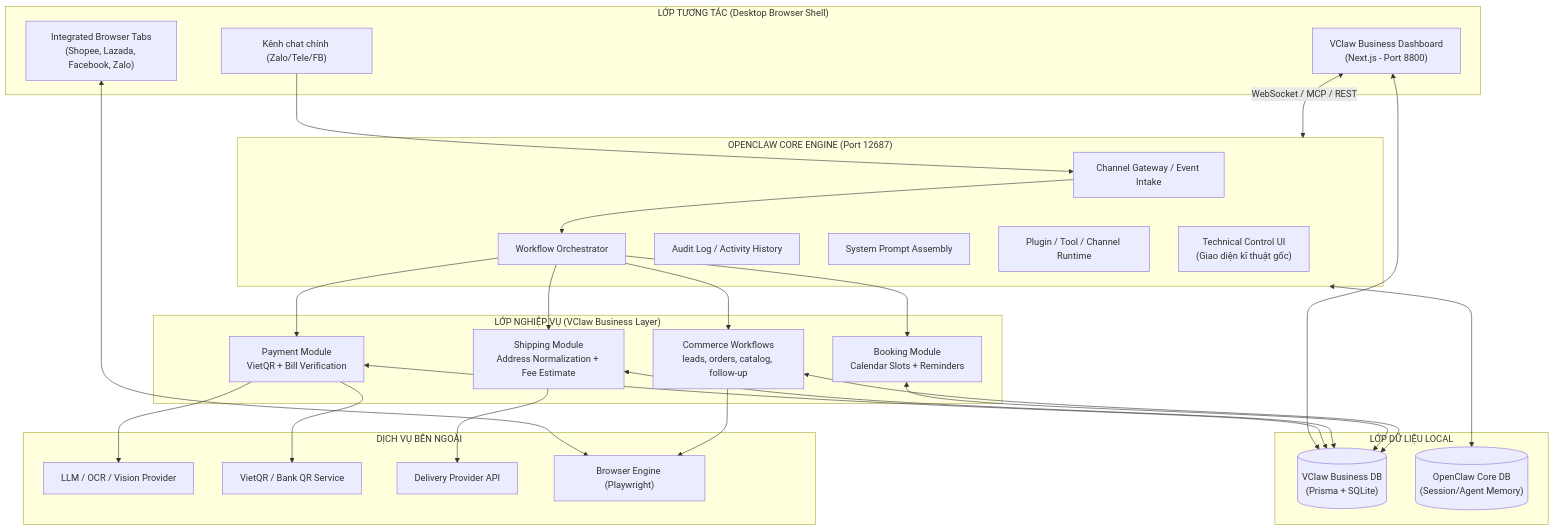
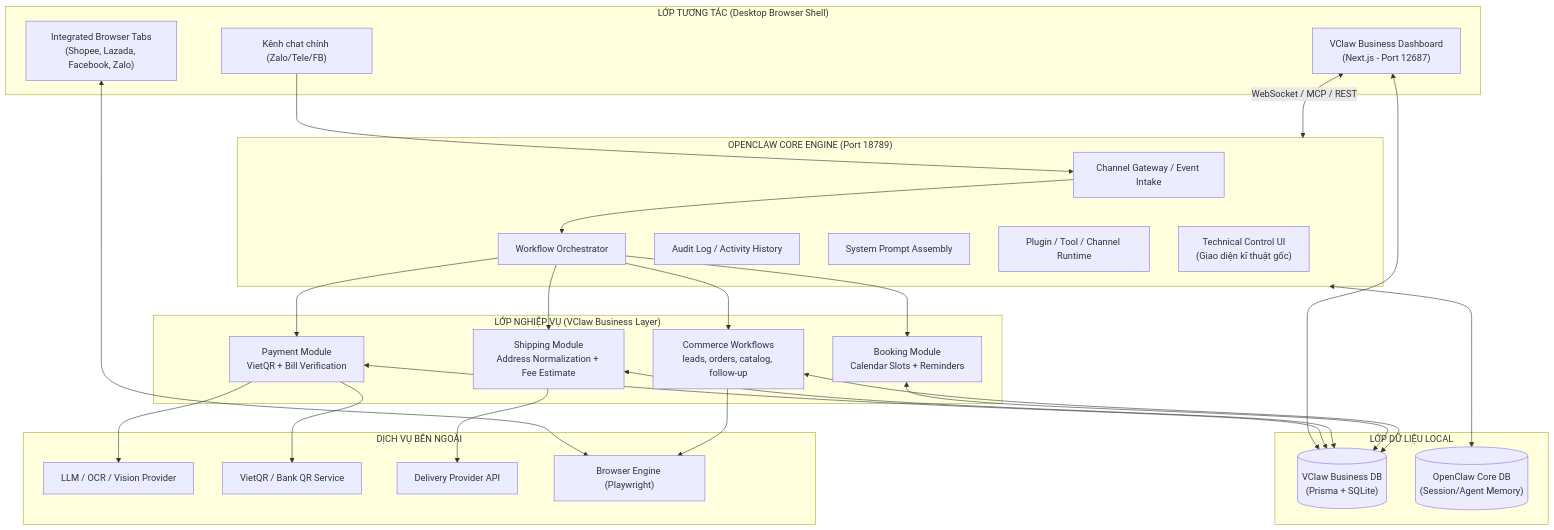
Before and after one commit to solana8800/vclaw-ui: the first of 2 diagrams in vclaw-ui/docs/01-System-Architecture.vi.md, drawn with Mermaid. The commit also changed other lines of this file and 9 other files, not shown here.

Commit message:
chore: update system architecture ports to 12687/18789 and simplify onboarding documentation

````diff
--- a/vclaw-ui/docs/01-System-Architecture.vi.md
+++ b/vclaw-ui/docs/01-System-Architecture.vi.md
@@ -61,58 +61,58 @@
 ```mermaid
 graph TD
     subgraph Client["LỚP TƯƠNG TÁC (Desktop Browser Shell)"]
-        VClawUI["VClaw Business Dashboard\n(Next.js - Port 8800)"]
+        VClawUI["VClaw Business Dashboard\n(Next.js - Port 12687)"]
         BrowserTabs["Integrated Browser Tabs\n(Shopee, Lazada, Facebook, Zalo)"]
         Chat["Kênh chat chính (Zalo/Tele/FB)"]
     end
 
-    subgraph OpenClawEngine["OPENCLAW CORE ENGINE (Port 12687)"]
+    subgraph OpenClawEngine["OPENCLAW CORE ENGINE (Port 18789)"]
         Gateway["Channel Gateway / Event Intake"]
         Orchestrator["Workflow Orchestrator"]
         Audit["Audit Log / Activity History"]
         Prompt["System Prompt Assembly"]
         PluginRuntime["Plugin / Tool / Channel Runtime"]
         ControlUI["Technical Control UI\n(Giao diện kĩ thuật gốc)"]
     end
 
     subgraph Domain["LỚP NGHIỆP VỤ (VClaw Business Layer)"]
         Payments["Payment Module\nVietQR + Bill Verification"]
         Shipping["Shipping Module\nAddress Normalization + Fee Estimate"]
         Booking["Booking Module\nCalendar Slots + Reminders"]
         Commerce["Commerce Workflows\nleads, orders, catalog, follow-up"]
     end
 
     subgraph Data["LỚP DỮ LIỆU LOCAL"]
         BizDB[("VClaw Business DB\n(Prisma + SQLite)")]
         CoreDB[("OpenClaw Core DB\n(Session/Agent Memory)")]
     end
 
     subgraph Integrations["DỊCH VỤ BÊN NGOÀI"]
         AI["LLM / OCR / Vision Provider"]
         QR["VietQR / Bank QR Service"]
         Delivery["Delivery Provider API"]
         Browser["Browser Engine (Playwright)"]
     end
 
     VClawUI <-->|"WebSocket / MCP / REST"| OpenClawEngine
     VClawUI <--> BizDB
     OpenClawEngine <--> CoreDB
     
     Chat --> Gateway
     BrowserTabs <--> Browser
     Gateway --> Orchestrator
     Orchestrator --> Payments
     Orchestrator --> Shipping
     Orchestrator --> Booking
     Orchestrator --> Commerce
     
     Payments <--> BizDB
     Shipping <--> BizDB
     Booking <--> BizDB
     Commerce <--> BizDB
     
     Payments --> QR
     Payments --> AI
     Shipping --> Delivery
     Commerce --> Browser
 ```
````
